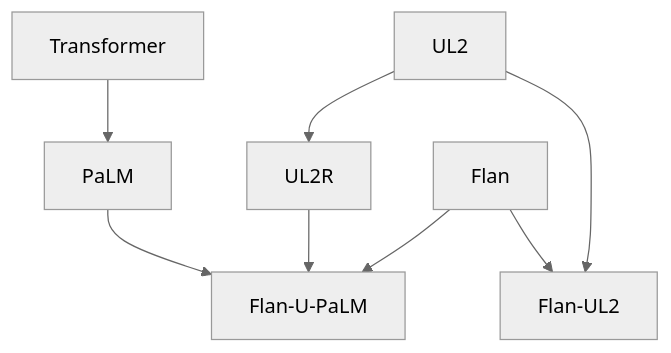
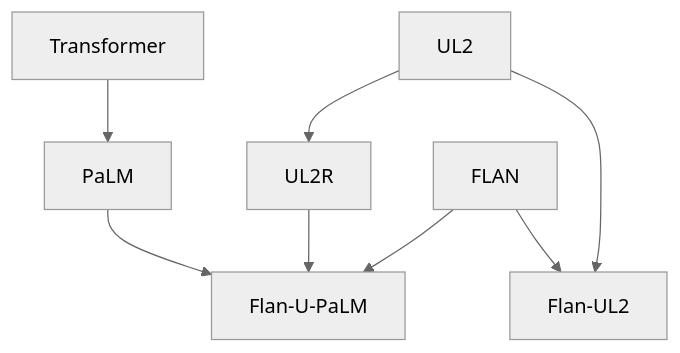
Diagram 15 of 21 in doc/llm.md (ted-sharp/chatvox), drawn with Mermaid (neutral theme) before and after one commit. The commit also changed other lines of this file, not shown here.

````diff
--- a/doc/llm.md
+++ b/doc/llm.md
@@ -606,9 +606,9 @@
 ```mermaid
 flowchart
 
 Transformer --> PaLM --> Flan-U-PaLM
 UL2 --> UL2R --> Flan-U-PaLM
-Flan --> Flan-U-PaLM
+FLAN --> Flan-U-PaLM
 UL2 --> Flan-UL2
-Flan --> Flan-UL2
+FLAN --> Flan-UL2
 ```
````
